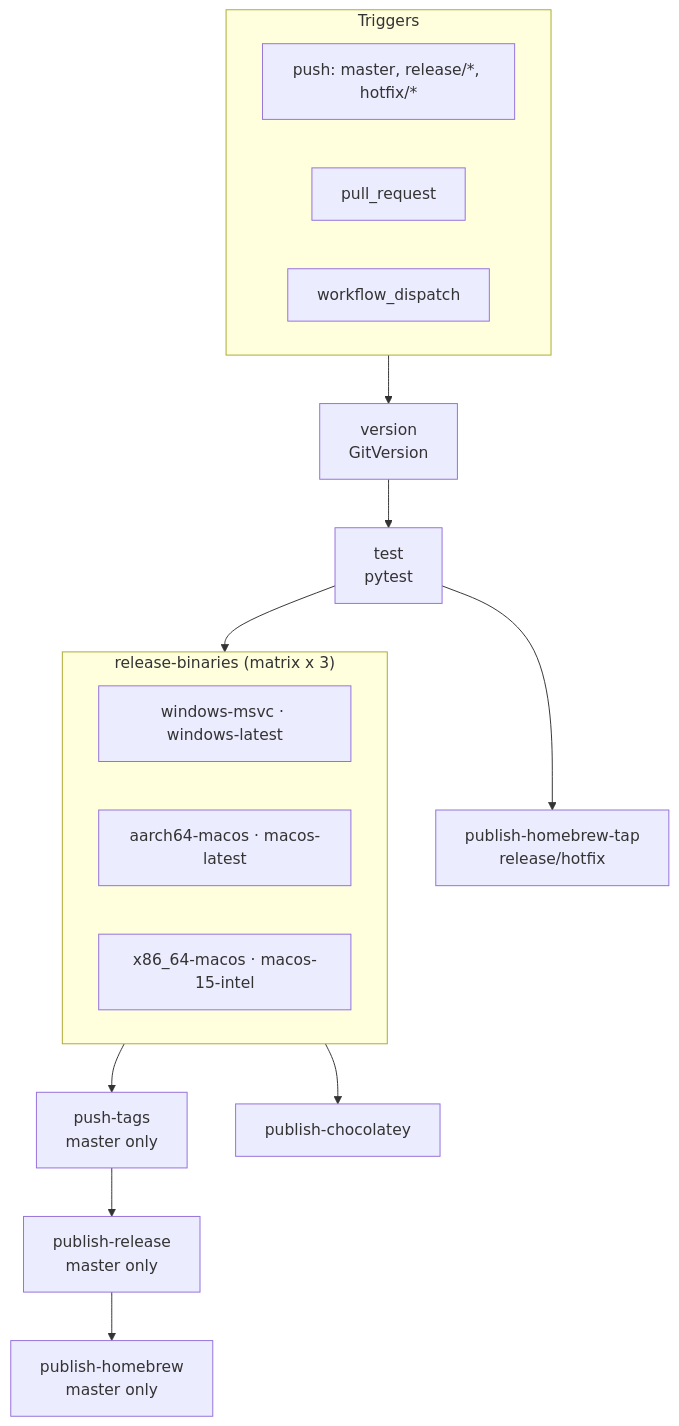
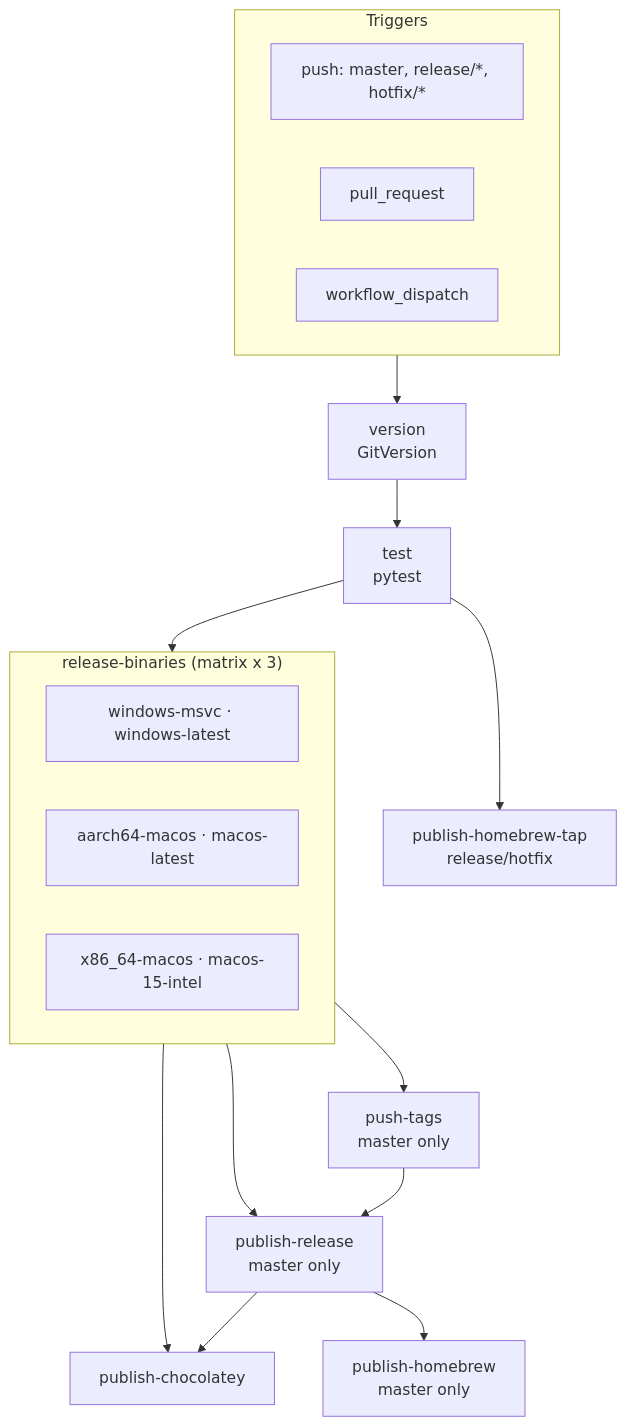
The diagram in docs/ci-cd.md (denis-peshkov/duplicate-finder), drawn with Mermaid before and after one commit. The commit also changed other lines of this file and 6 other files, not shown here.

````diff
--- a/docs/ci-cd.md
+++ b/docs/ci-cd.md
@@ -11,32 +11,34 @@
 ```mermaid
 flowchart TD
   subgraph triggers["Triggers"]
     T1["push: master, release/*, hotfix/*"]
     T2["pull_request"]
     T3["workflow_dispatch"]
   end
 
   V["version<br/>GitVersion"]
   TEST["test<br/>pytest"]
 
   subgraph matrix["release-binaries (matrix x 3)"]
     M1["windows-msvc · windows-latest"]
     M2["aarch64-macos · macos-latest"]
     M3["x86_64-macos · macos-15-intel"]
   end
 
   PT["push-tags<br/>master only"]
   CHR["publish-chocolatey"]
   HBT["publish-homebrew-tap<br/>release/hotfix"]
   REL["publish-release<br/>master only"]
   HB["publish-homebrew<br/>master only"]
 
   triggers --> V
   V --> TEST
   TEST --> matrix
   matrix --> PT
-  matrix --> CHR
   TEST --> HBT
   PT --> REL
+  matrix --> REL
+  REL --> CHR
+  matrix --> CHR
   REL --> HB
 ```
````
